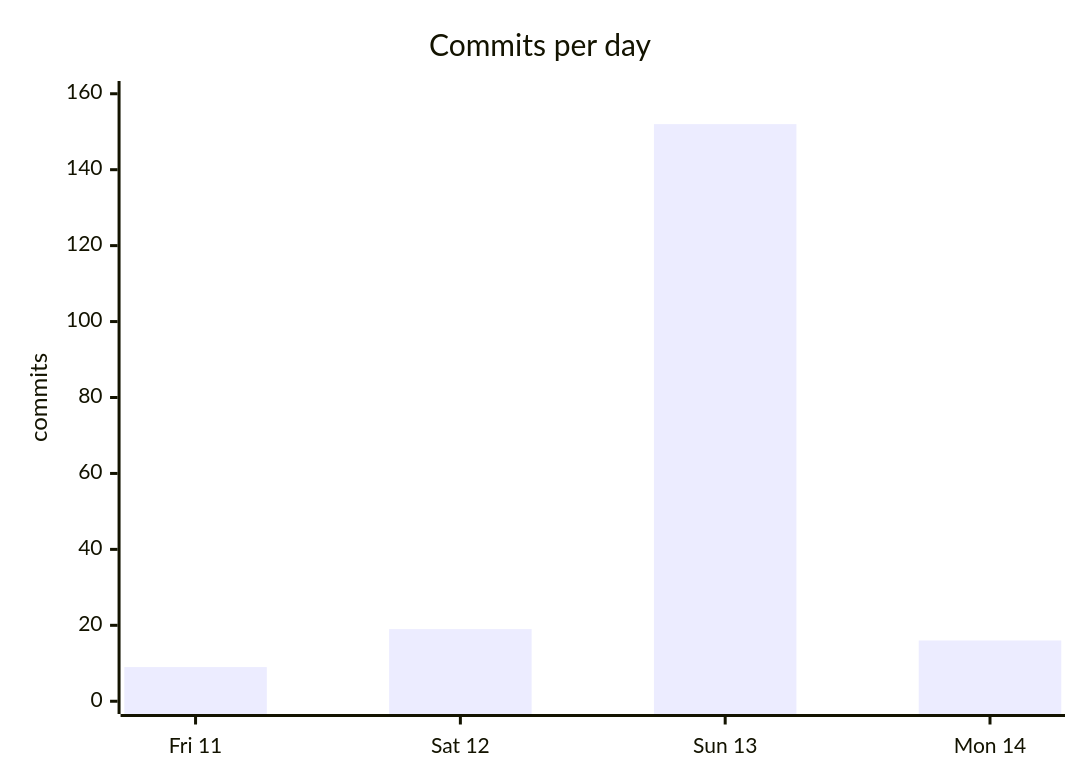
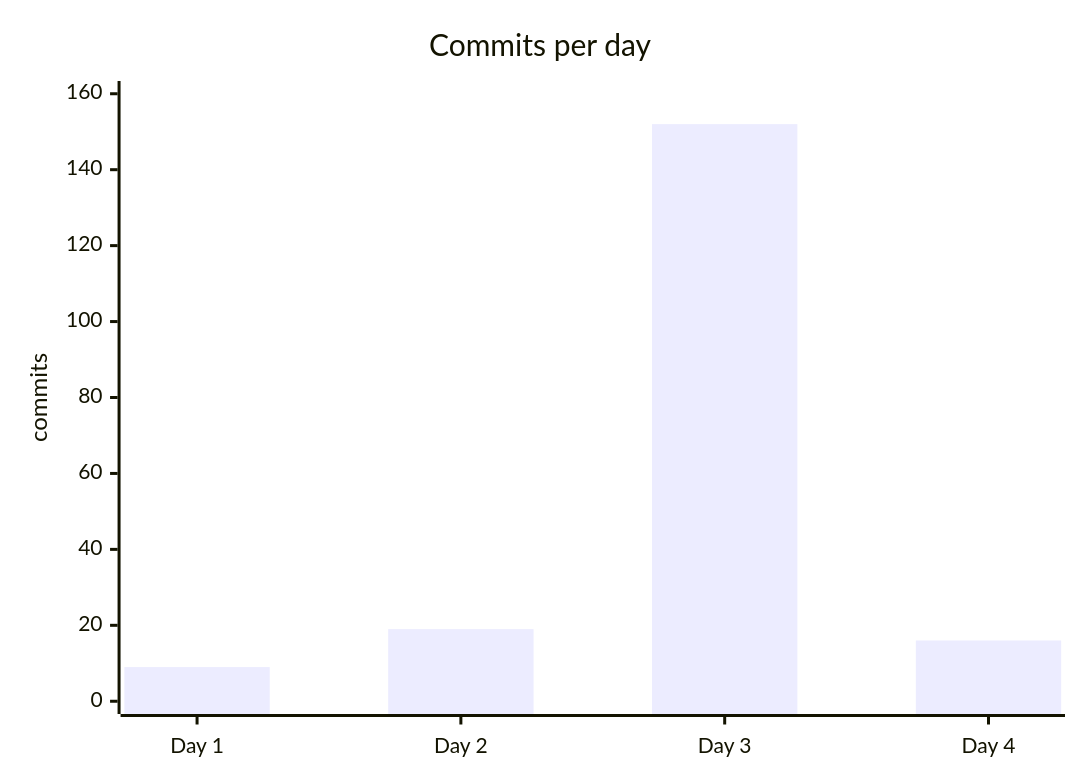
Before and after one commit to danielscholl-osdu/osdu-spi-training: the second of 3 diagrams in docs/case-study/full-record.md, drawn with Mermaid. The commit also changed 2 other files, not shown here.

Commit message:
docs(case-study): add hackathon project submission draft
Replace weekday names with Day 1 to Day 4 labels in by-the-numbers
and the commits-per-day chart

````diff
--- a/docs/case-study/full-record.md
+++ b/docs/case-study/full-record.md
@@ -82,7 +82,7 @@
 ```mermaid
 xychart-beta
     title "Commits per day"
-    x-axis ["Fri 11", "Sat 12", "Sun 13", "Mon 14"]
+    x-axis ["Day 1", "Day 2", "Day 3", "Day 4"]
     y-axis "commits" 0 --> 160
     bar [9, 19, 152, 16]
 ```
````
